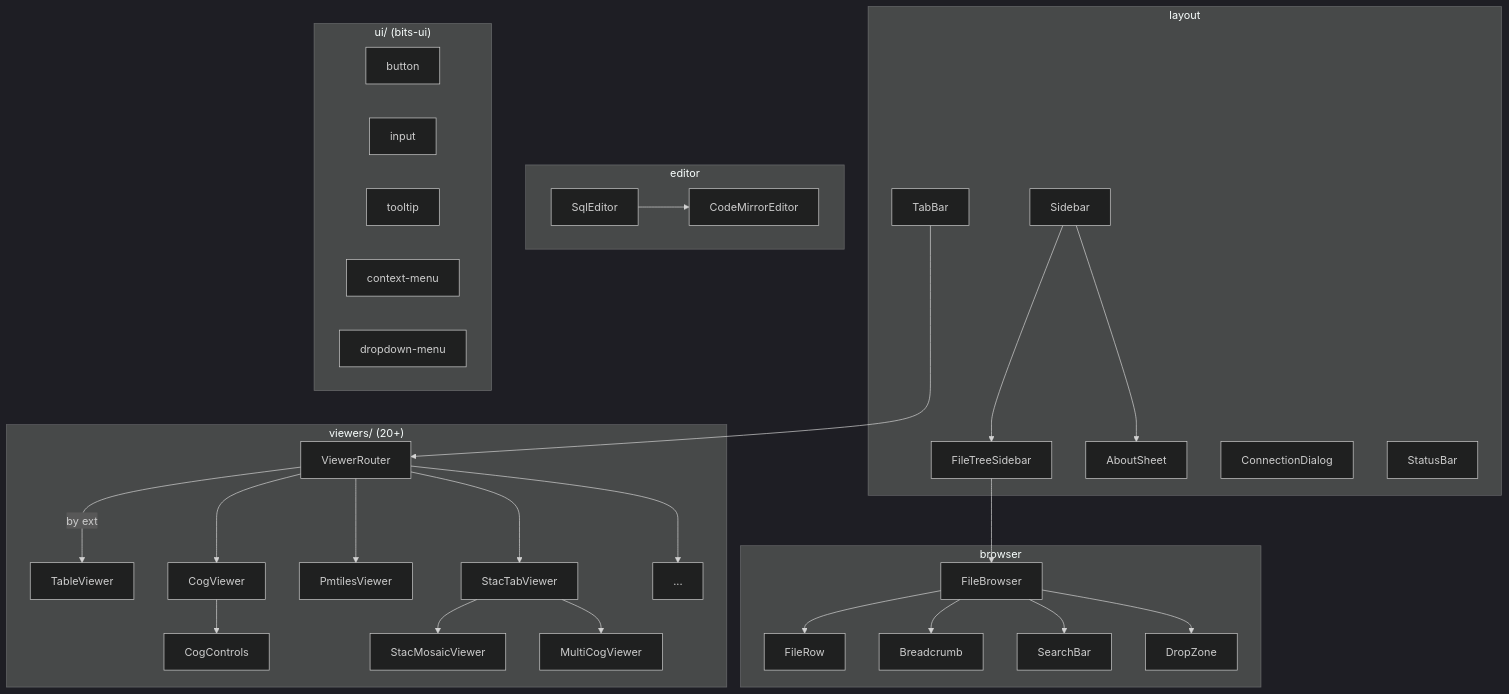
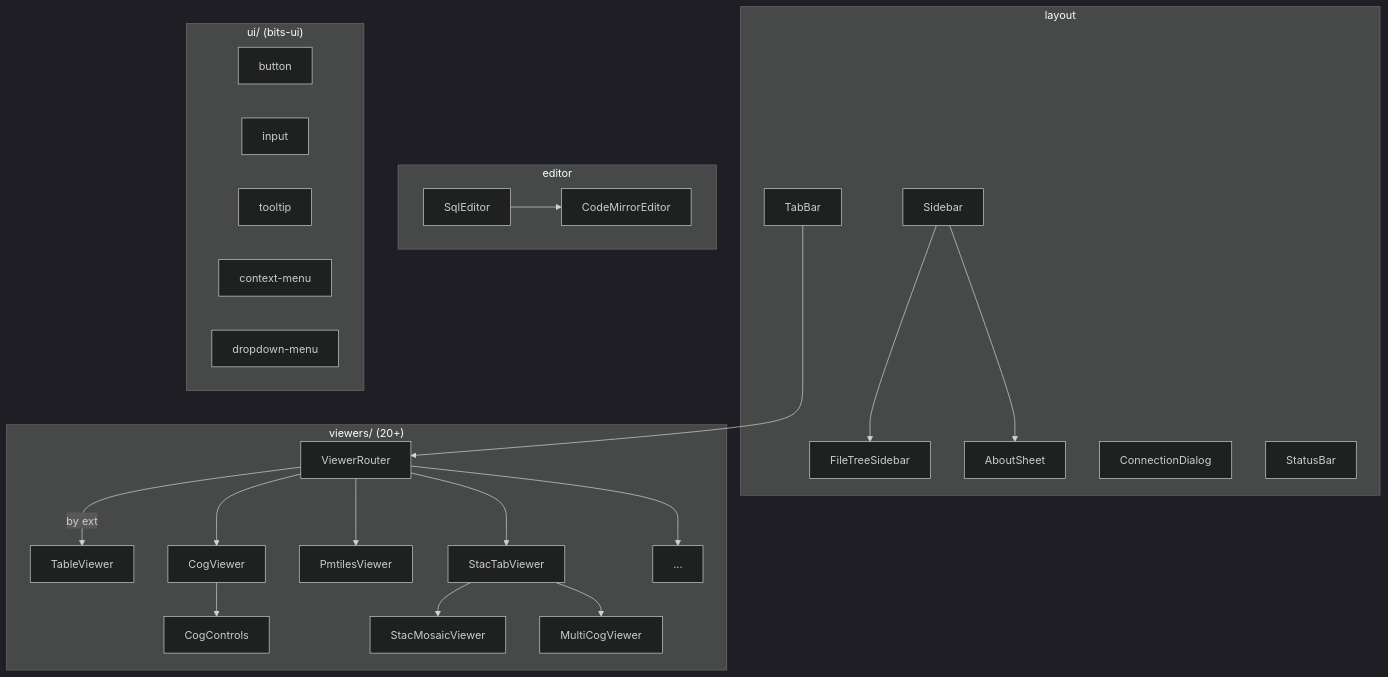
Before and after one commit to walkthru-earth/objex: the diagram in src/lib/components/CLAUDE.md, drawn with Mermaid (dark theme). The commit also changed other lines of this file and 13 other files, not shown here.

````diff
--- a/src/lib/components/CLAUDE.md
+++ b/src/lib/components/CLAUDE.md
@@ -5,32 +5,25 @@
 ```mermaid
 graph TD
     subgraph layout
         SB[Sidebar] --> FTS[FileTreeSidebar]
         SB --> AS[AboutSheet]
         TB[TabBar]
         CD[ConnectionDialog]
         STB[StatusBar]
-    end
-    subgraph browser
-        FTS --> FB[FileBrowser]
-        FB --> FR[FileRow]
-        FB --> BC[Breadcrumb]
-        FB --> SBar[SearchBar]
-        FB --> DZ[DropZone]
     end
     subgraph viewers["viewers/ (20+)"]
         VR[ViewerRouter] -->|by ext| TV[TableViewer]
         VR --> CV[CogViewer] --> CC[CogControls]
         VR --> PV[PmtilesViewer]
         VR --> STV[StacTabViewer] --> SMV[StacMosaicViewer]
         STV --> MCV[MultiCogViewer]
         VR --> MORE[...]
     end
     subgraph editor
         SQL[SqlEditor] --> CM[CodeMirrorEditor]
     end
     subgraph ui["ui/ (bits-ui)"]
         BTN[button] & INP[input] & TT[tooltip] & CTX[context-menu] & DD[dropdown-menu]
     end
     TB --> VR
 ```
````
